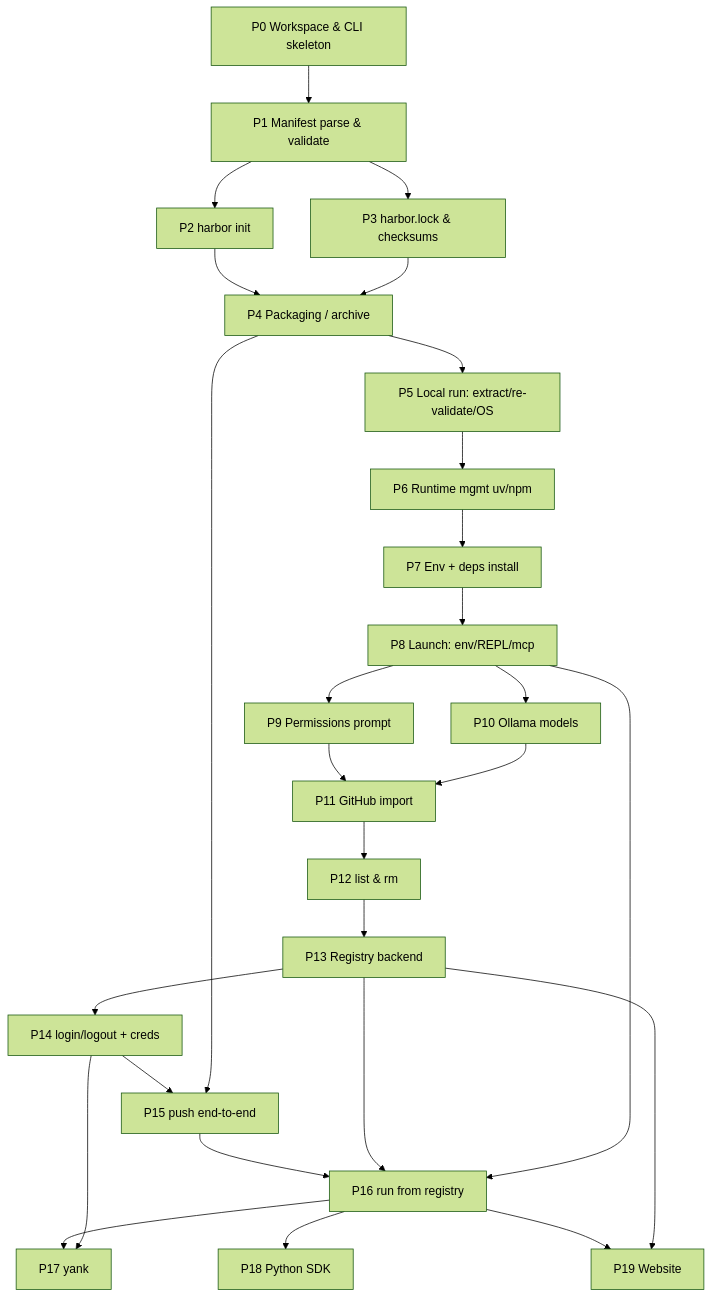
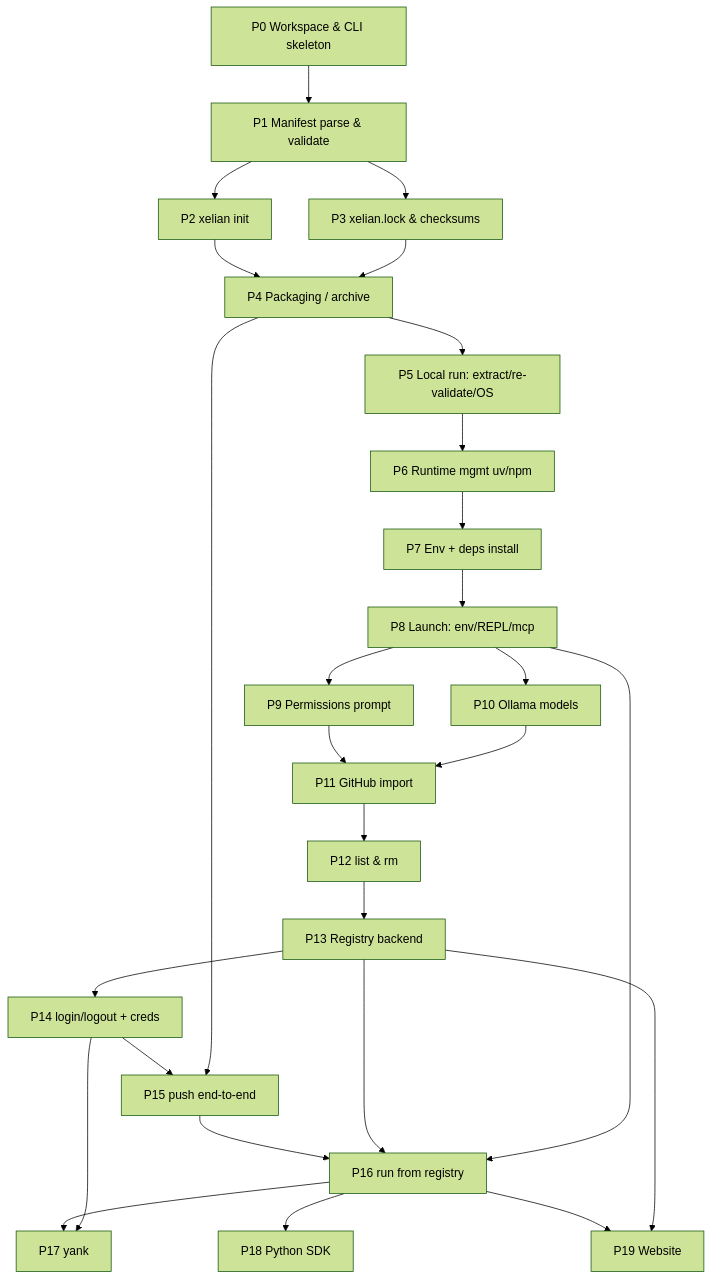
The diagram in IMPLEMENTATION.md (yuvitbatra/Xelian), drawn with Mermaid (forest theme) before and after one commit. The commit also changed other lines of this file and 70 other files, not shown here.

First line of the commit message:
H-200: rename Harbor -> Xelian across the entire project

````diff
--- a/IMPLEMENTATION.md
+++ b/IMPLEMENTATION.md
@@ -1198,29 +1198,29 @@
 ```mermaid
 flowchart TD
     P0[P0 Workspace & CLI skeleton] --> P1[P1 Manifest parse & validate]
-    P1 --> P2[P2 harbor init]
-    P1 --> P3[P3 harbor.lock & checksums]
+    P1 --> P2[P2 xelian init]
+    P1 --> P3[P3 xelian.lock & checksums]
     P2 --> P4[P4 Packaging / archive]
     P3 --> P4
     P4 --> P5[P5 Local run: extract/re-validate/OS]
     P5 --> P6[P6 Runtime mgmt uv/npm]
     P6 --> P7[P7 Env + deps install]
     P7 --> P8[P8 Launch: env/REPL/mcp]
     P8 --> P9[P9 Permissions prompt]
     P8 --> P10[P10 Ollama models]
     P9 --> P11[P11 GitHub import]
     P10 --> P11
     P11 --> P12[P12 list & rm]
     P12 --> P13[P13 Registry backend]
     P13 --> P14[P14 login/logout + creds]
     P14 --> P15[P15 push end-to-end]
     P4 --> P15
     P15 --> P16[P16 run from registry]
     P13 --> P16
     P8 --> P16
     P16 --> P17[P17 yank]
     P14 --> P17
     P16 --> P18[P18 Python SDK]
     P16 --> P19[P19 Website]
     P13 --> P19
 ```
````
